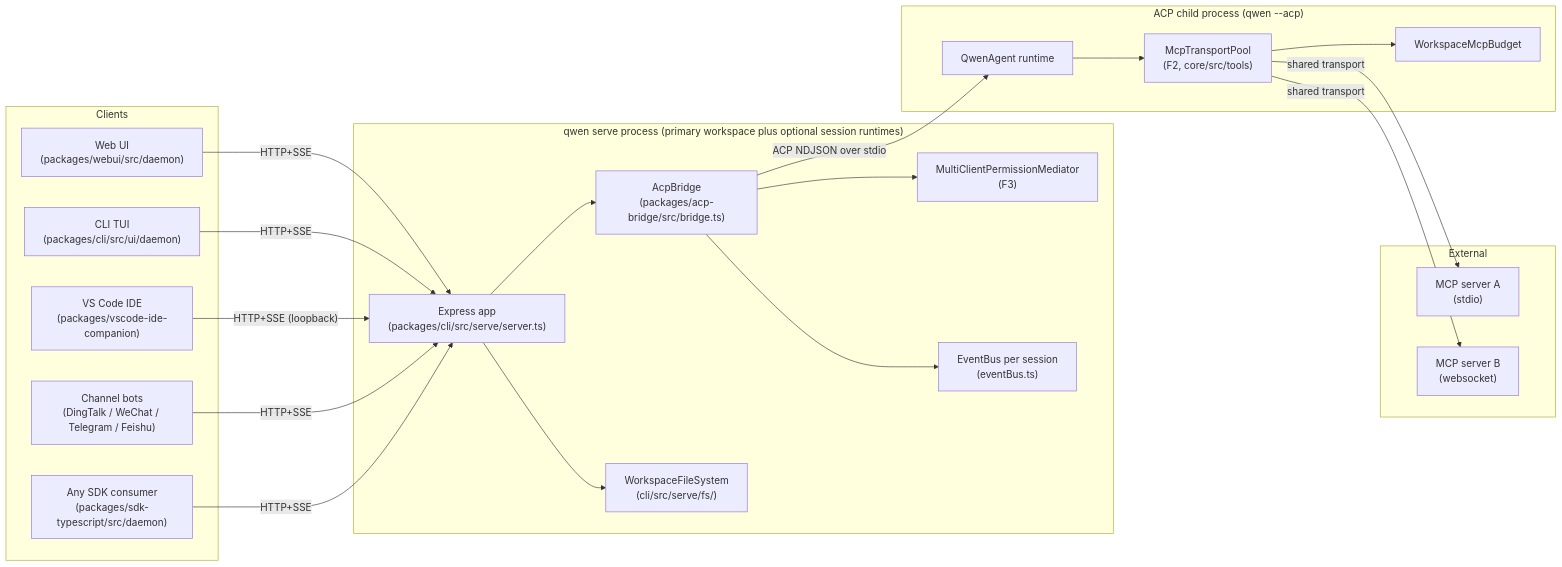
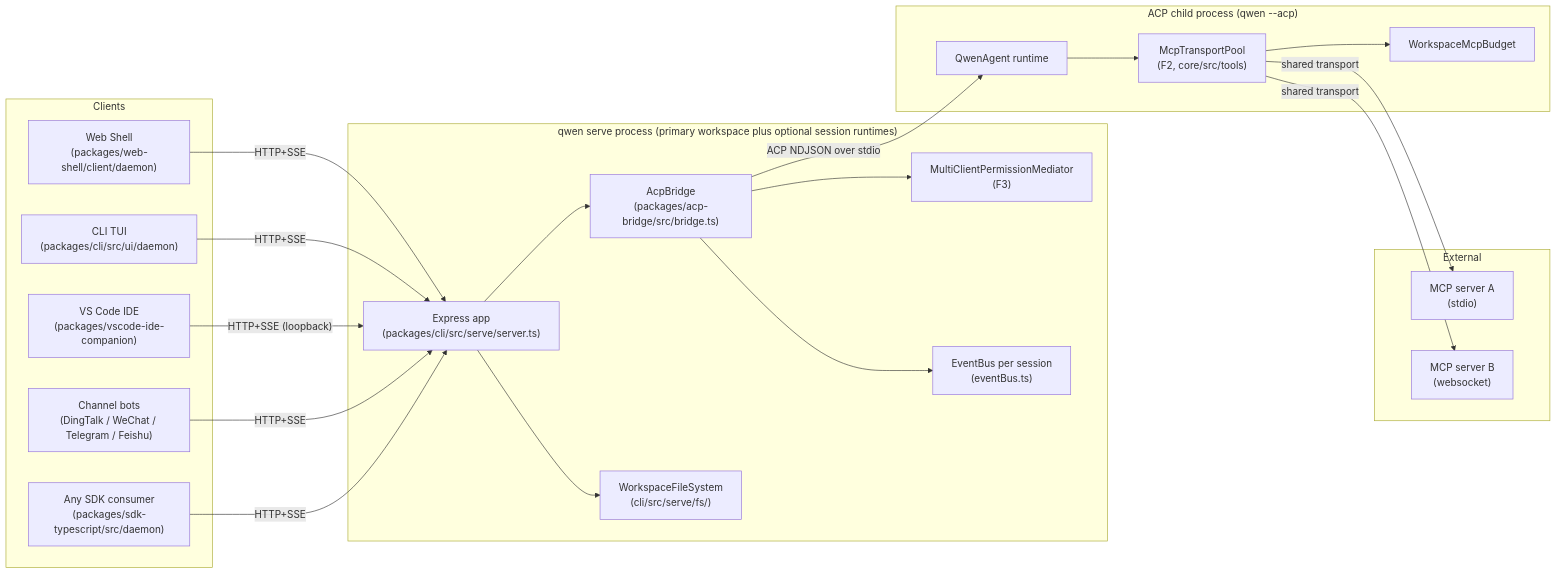
Before and after one commit to QwenLM/qwen-code: the first of 7 diagrams in docs/developers/daemon/01-architecture.md, drawn with Mermaid. The commit also changed other lines of this file and 230 other files, not shown here.

````diff
--- a/docs/developers/daemon/01-architecture.md
+++ b/docs/developers/daemon/01-architecture.md
@@ -13,46 +13,46 @@
 ```mermaid
 flowchart LR
     subgraph clients["Clients"]
-        WUI["Web UI<br/>(packages/webui/src/daemon)"]
+        WUI["Web Shell<br/>(packages/web-shell/client/daemon)"]
         TUI["CLI TUI<br/>(packages/cli/src/ui/daemon)"]
         IDE["VS Code IDE<br/>(packages/vscode-ide-companion)"]
         CH["Channel bots<br/>(DingTalk / WeChat / Telegram / Feishu)"]
         SDK["Any SDK consumer<br/>(packages/sdk-typescript/src/daemon)"]
     end
 
     subgraph daemon["qwen serve process (primary workspace plus optional session runtimes)"]
         EXP["Express app<br/>(packages/cli/src/serve/server.ts)"]
         BR["AcpBridge<br/>(packages/acp-bridge/src/bridge.ts)"]
         MED["MultiClientPermissionMediator<br/>(F3)"]
         EB["EventBus per session<br/>(eventBus.ts)"]
         FS["WorkspaceFileSystem<br/>(cli/src/serve/fs/)"]
     end
 
     subgraph child["ACP child process (qwen --acp)"]
         AGT["QwenAgent runtime"]
         POOL["McpTransportPool<br/>(F2, core/src/tools)"]
         BDG["WorkspaceMcpBudget"]
     end
 
     subgraph external["External"]
         MCP1["MCP server A<br/>(stdio)"]
         MCP2["MCP server B<br/>(websocket)"]
     end
 
     WUI -- "HTTP+SSE" --> EXP
     TUI -- "HTTP+SSE" --> EXP
     IDE -- "HTTP+SSE (loopback)" --> EXP
     CH -- "HTTP+SSE" --> EXP
     SDK -- "HTTP+SSE" --> EXP
 
     EXP --> BR
     BR --> MED
     BR --> EB
     EXP --> FS
 
     BR -- "ACP NDJSON over stdio" --> AGT
     AGT --> POOL
     POOL --> BDG
     POOL -- "shared transport" --> MCP1
     POOL -- "shared transport" --> MCP2
 ```
````
